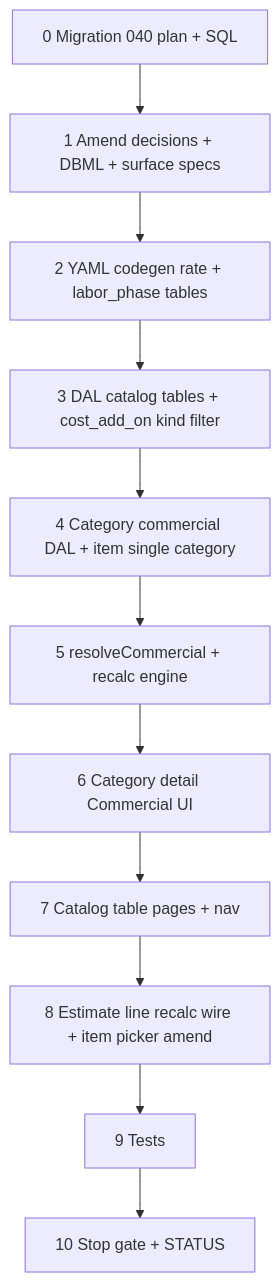
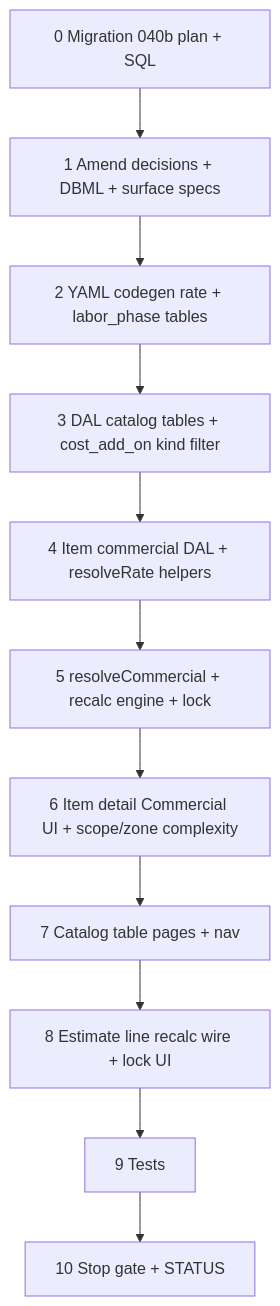
Before and after one commit to rebischoff/latch: the diagram in apps/subhub/docs/tasks/37g-commercial-costing.md, drawn with Mermaid. The commit also changed other lines of this file and 227 other files, not shown here.

````diff
--- a/apps/subhub/docs/tasks/37g-commercial-costing.md
+++ b/apps/subhub/docs/tasks/37g-commercial-costing.md
@@ -219,24 +238,24 @@
 ```mermaid
 flowchart TD
-  s0[0 Migration 040 plan + SQL]
+  s0[0 Migration 040b plan + SQL]
   s1[1 Amend decisions + DBML + surface specs]
   s2[2 YAML codegen rate + labor_phase tables]
   s3[3 DAL catalog tables + cost_add_on kind filter]
-  s4[4 Category commercial DAL + item single category]
-  s5[5 resolveCommercial + recalc engine]
-  s6[6 Category detail Commercial UI]
+  s4[4 Item commercial DAL + resolveRate helpers]
+  s5[5 resolveCommercial + recalc engine + lock]
+  s6[6 Item detail Commercial UI + scope/zone complexity]
   s7[7 Catalog table pages + nav]
-  s8[8 Estimate line recalc wire + item picker amend]
+  s8[8 Estimate line recalc wire + lock UI]
   s9[9 Tests]
   s10[10 Stop gate + STATUS]
   s0 --> s1
   s1 --> s2
   s2 --> s3
   s3 --> s4
   s4 --> s5
   s5 --> s6
   s6 --> s7
   s7 --> s8
   s8 --> s9
   s9 --> s10
 ```
````
